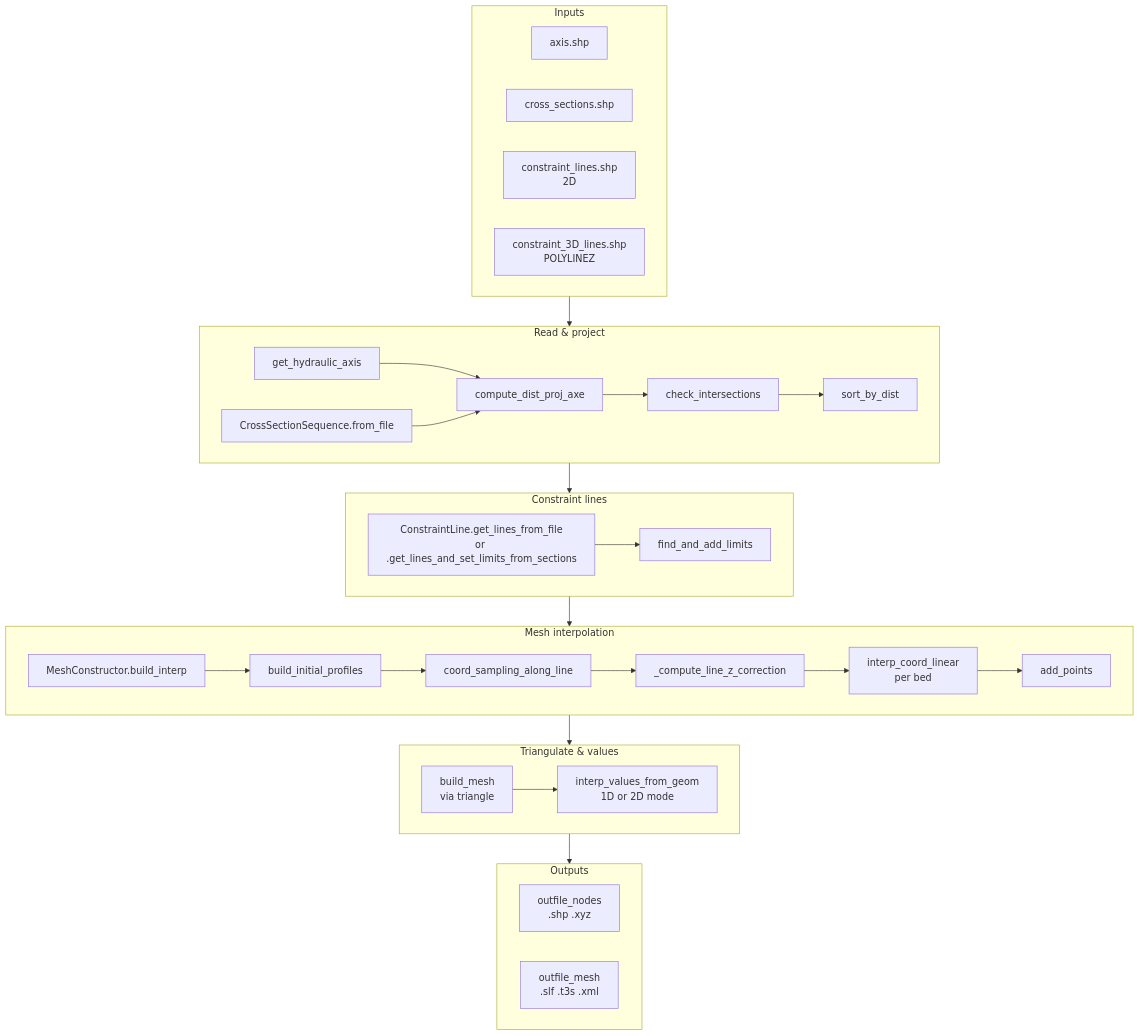
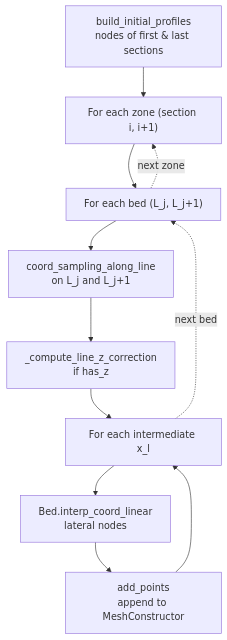
One commit to nicogodet/TatooineMesher changed the second of 2 diagrams in docs/source/algorithms/mesh_and_interpolate.rst. Above: the diagram before and after it, drawn with Mermaid. The commit also changed other lines of this file, not shown here.

Commit message:
docs: split mesh_and_interpolate pipeline into two readable diagrams
The previous nested-subgraph diagram was unreadable without zoom. Replace
it with two simpler diagrams:
- Top-level pipeline (LR): Inputs -> Step 1..4 -> Outputs.
- Inner build_interp loop (TD): build_initial_profiles, then nested
  loops over zones, beds, and intermediate x_l values.

Each diagram now fits cleanly without scrolling or zooming.

```diff
--- a/docs/source/algorithms/mesh_and_interpolate.rst
+++ b/docs/source/algorithms/mesh_and_interpolate.rst
@@ -15,50 +88,14 @@
 .. mermaid::
 
    flowchart TD
-       subgraph Inputs
-           direction LR
-           AX[axis.shp]
-           CS[cross_sections.shp]
-           CL2D[constraint_lines.shp<br/>2D]
-           CL3D[constraint_3D_lines.shp<br/>POLYLINEZ]
-       end
-
-       subgraph Step1[Read & project]
-           R1[get_hydraulic_axis]
-           R2[CrossSectionSequence.from_file]
-           R3[compute_dist_proj_axe]
-           R4[check_intersections]
-           R5[sort_by_dist]
-           R1 --> R3 --> R4 --> R5
-           R2 --> R3
-       end
-
-       subgraph Step2[Constraint lines]
-           CL[ConstraintLine.get_lines_from_file<br/>or .get_lines_and_set_limits_from_sections]
-           FL[find_and_add_limits]
-           CL --> FL
-       end
-
-       subgraph Step3[Mesh interpolation]
-           BI[MeshConstructor.build_interp]
-           BIP[build_initial_profiles]
-           SAM[coord_sampling_along_line]
-           ZC[_compute_line_z_correction]
-           ICL[interp_coord_linear<br/>per bed]
-           AP[add_points]
-           BI --> BIP --> SAM --> ZC --> ICL --> AP
-       end
-
-       subgraph Step4[Triangulate & values]
-           BM[build_mesh<br/>via triangle]
-           IV[interp_values_from_geom<br/>1D or 2D mode]
-           BM --> IV
-       end
-
-       subgraph Outputs
-           direction LR
-           ON[outfile_nodes<br/>.shp .xyz]
-           OM[outfile_mesh<br/>.slf .t3s .xml]
-       end
-
-       Inputs --> Step1 --> Step2 --> Step3 --> Step4 --> Outputs
+       BIP[build_initial_profiles<br/>nodes of first &amp; last sections]
+       BIP --> Z["For each zone (section i, i+1)"]
+       Z --> B["For each bed (L_j, L_j+1)"]
+       B --> SAM[coord_sampling_along_line<br/>on L_j and L_j+1]
+       SAM --> ZC[_compute_line_z_correction<br/>if has_z]
+       ZC --> XL["For each intermediate x_l"]
+       XL --> ICL[Bed.interp_coord_linear<br/>lateral nodes]
+       ICL --> AP[add_points<br/>append to MeshConstructor]
+       AP --> XL
+       XL -. next bed .-> B
+       B -. next zone .-> Z
```
